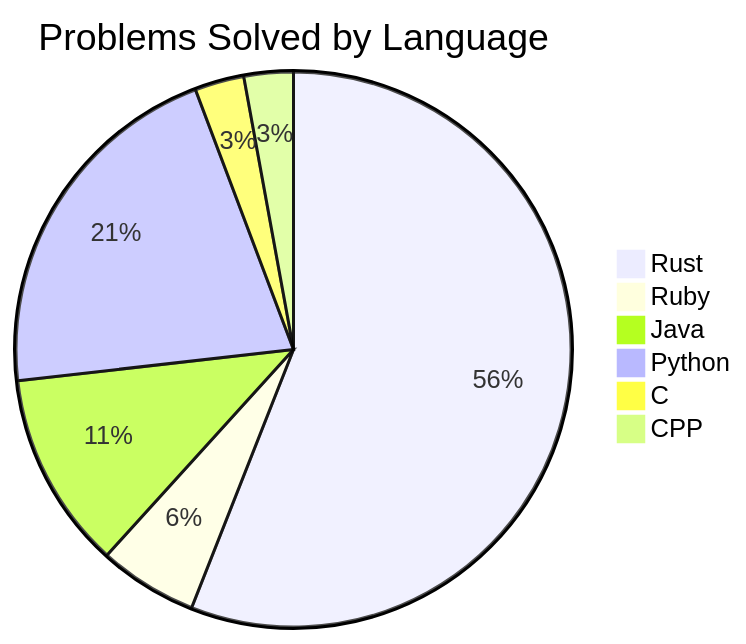
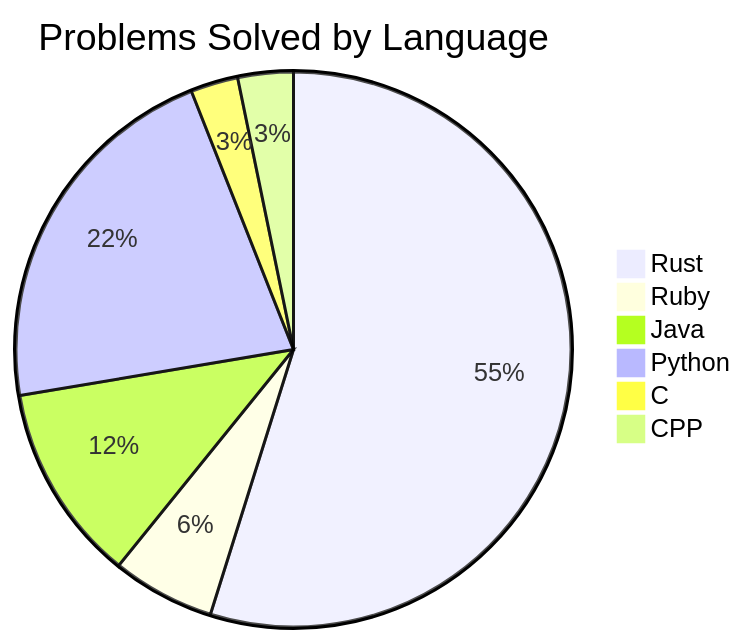
One commit to Liam-Wirth/leetcode-solutions changed the diagram in README.md. Above: the diagram before and after it, drawn with Mermaid. The commit also changed other lines of this file and 14 other files, not shown here.

````diff
--- a/README.md
+++ b/README.md
@@ -28,9 +29,9 @@
 ```mermaid
 pie title Problems Solved by Language
-    "Rust": 117
-    "Ruby": 12
-    "Java": 24
-    "Python": 44
+    "Rust": 119
+    "Ruby": 13
+    "Java": 25
+    "Python": 47
     "C": 6
-    "CPP": 6
+    "CPP": 7
 ```
````
